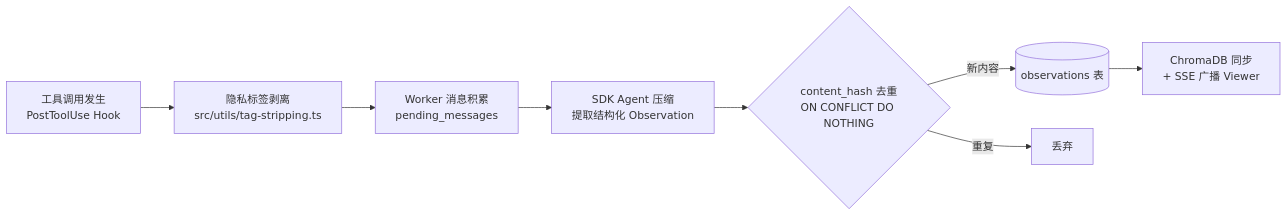
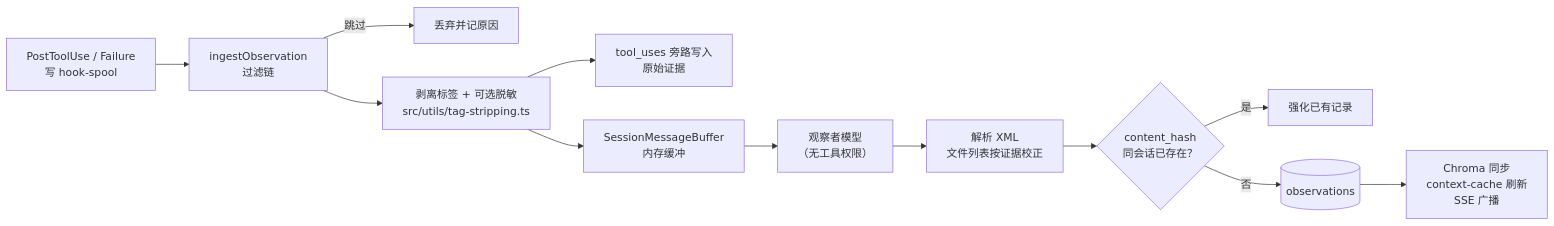
The diagram in 03-mechanisms/ch10-observation-system/README.md (diguike/book-claude-mem), drawn with Mermaid before and after one commit. The commit also changed other lines of this file and 155 other files, not shown here.

````diff
--- a/03-mechanisms/ch10-observation-system/README.md
+++ b/03-mechanisms/ch10-observation-system/README.md
@@ -40,10 +22,14 @@
 ```mermaid
 flowchart LR
-    A[工具调用发生<br/>PostToolUse Hook] --> B[隐私标签剥离<br/>src/utils/tag-stripping.ts]
-    B --> C[Worker 消息积累<br/>pending_messages]
-    C --> D[SDK Agent 压缩<br/>提取结构化 Observation]
-    D --> E{content_hash 去重<br/>ON CONFLICT DO NOTHING}
-    E -->|新内容| F[(observations 表)]
-    E -->|重复| G[丢弃]
-    F --> H[ChromaDB 同步<br/>+ SSE 广播 Viewer]
+    A["PostToolUse / Failure<br/>写 hook-spool"] --> B["ingestObservation<br/>过滤链"]
+    B -->|跳过| X[丢弃并记原因]
+    B --> C["剥离标签 + 可选脱敏<br/>src/utils/tag-stripping.ts"]
+    C --> D["tool_uses 旁路写入<br/>原始证据"]
+    C --> E["SessionMessageBuffer<br/>内存缓冲"]
+    E --> F["观察者模型<br/>（无工具权限）"]
+    F --> G["解析 XML<br/>文件列表按证据校正"]
+    G --> H{"content_hash<br/>同会话已存在？"}
+    H -->|是| R["强化已有记录"]
+    H -->|否| I[(observations)]
+    I --> J["Chroma 同步<br/>context-cache 刷新<br/>SSE 广播"]
 ```
````
